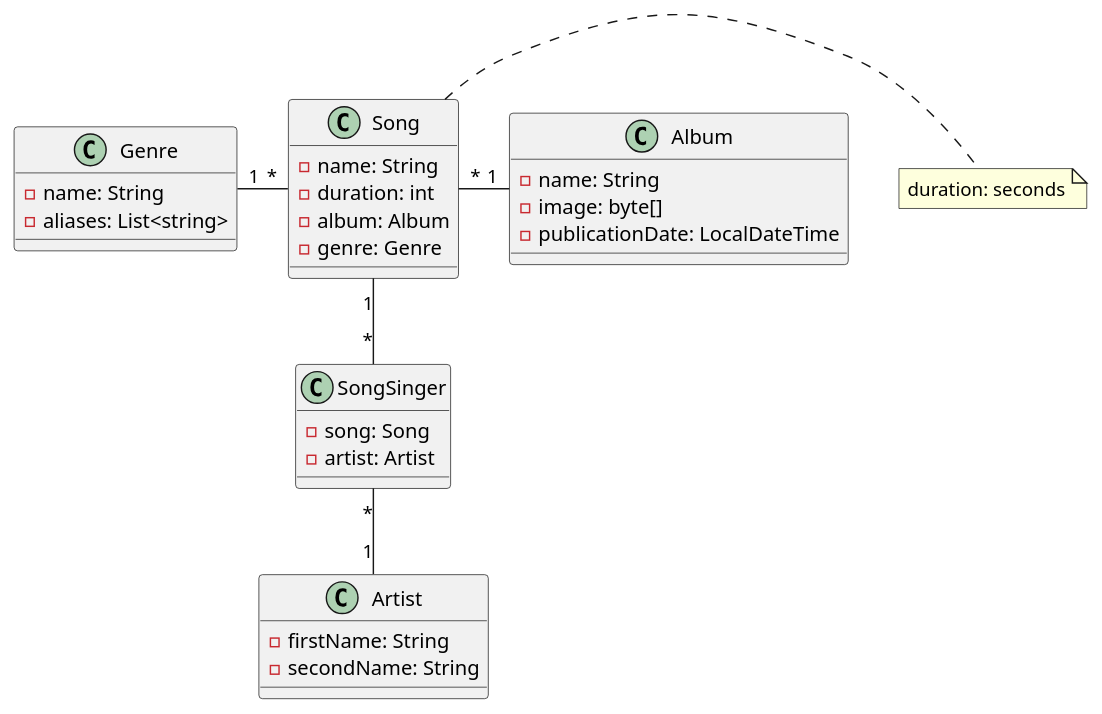
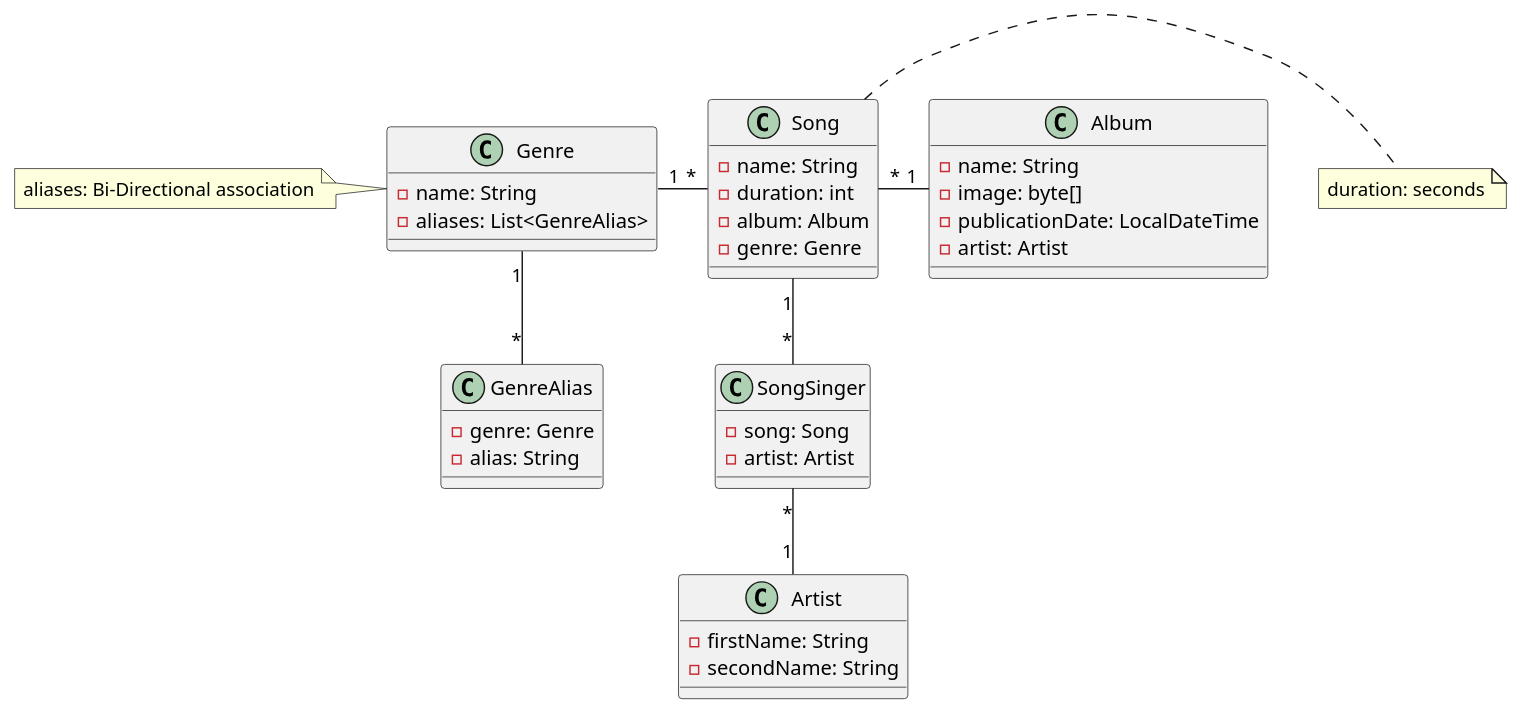
The diagram in asciidocs/plantuml/cld_mymusic.puml (2122-4ahif-nvs/01-microproject-S1mple133), drawn with PlantUML before and after one commit.

Commit message:
updated cld

```diff
--- a/asciidocs/plantuml/cld_mymusic.puml
+++ b/asciidocs/plantuml/cld_mymusic.puml
@@ -1,35 +1,43 @@
 @startuml
 class Song {
     - name: String
     - duration: int
     - album: Album
     - genre: Genre
 }
 note right: duration: seconds
 
 class SongSinger {
     - song: Song
     - artist: Artist
 }
 
 class Artist {
     - firstName: String
     - secondName: String
 }
 
 class Album {
     - name: String
     - image: byte[]
     - publicationDate: LocalDateTime
+    - artist: Artist
 }
 
 class Genre {
     - name: String
-    - aliases: List<string>
+    - aliases: List<GenreAlias>
+}
+note left: aliases: Bi-Directional association
+
+class GenreAlias {
+    - genre: Genre
+    - alias: String
 }
 
+Genre "1" -- "*" GenreAlias
 Song "1" -- "*" SongSinger
 SongSinger "*" -- "1" Artist
 Song "*" -right- "1" Album
 Song "*" -left- "1" Genre
 @enduml
```
